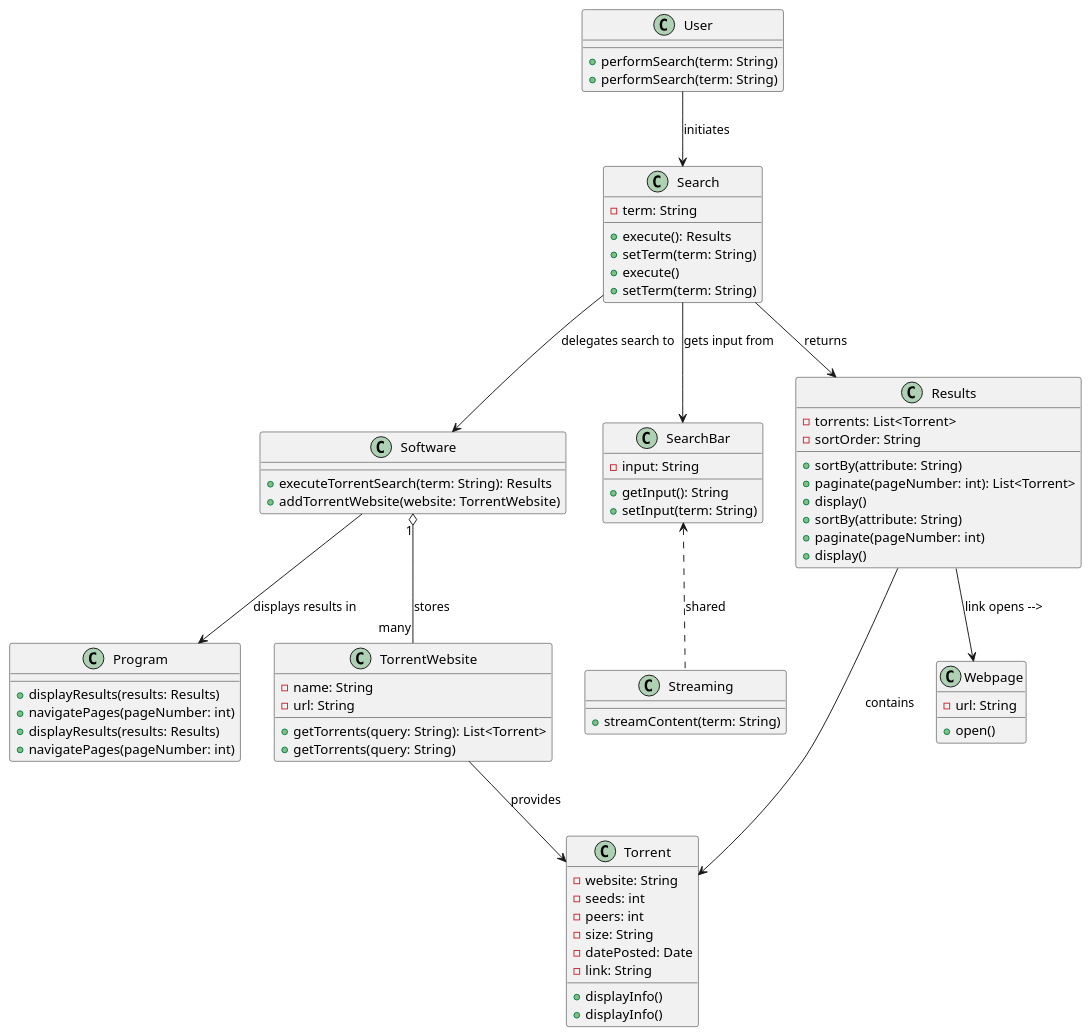
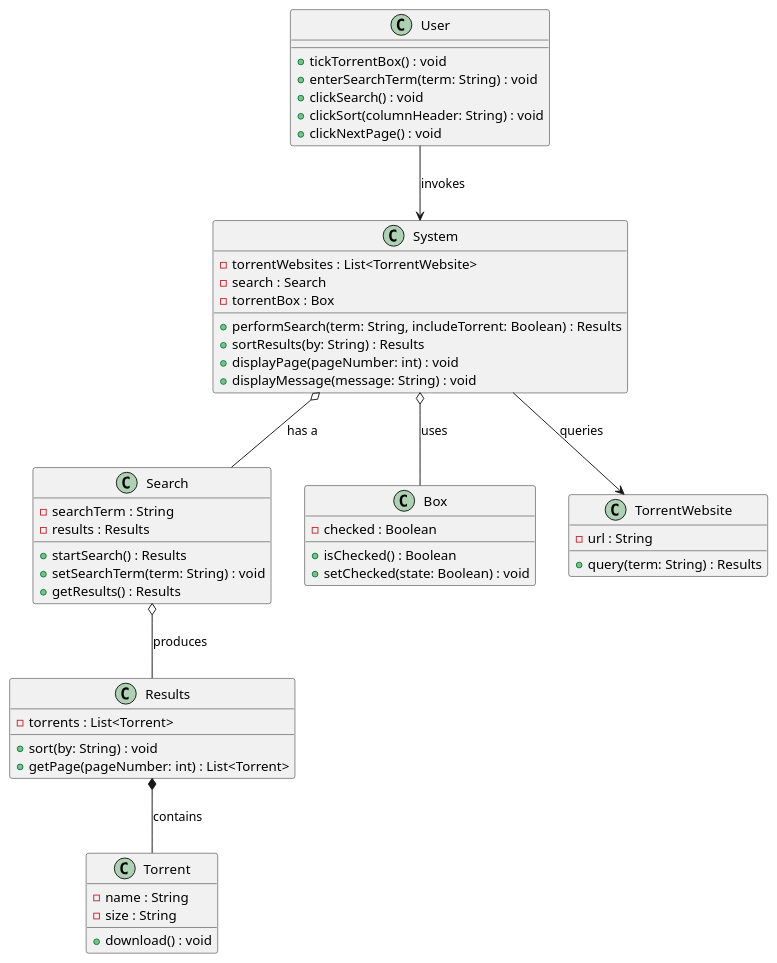
Before and after one commit to RayWP/pfsa-id: the diagram in survey-ud/gen-r-ent-o3-mini/R81_VideoSearch_class_diagram.puml, drawn with PlantUML. The commit also changed 40 other files, not shown here.

```diff
--- a/survey-ud/gen-r-ent-o3-mini/R81_VideoSearch_class_diagram.puml
+++ b/survey-ud/gen-r-ent-o3-mini/R81_VideoSearch_class_diagram.puml
@@ -1,98 +1,62 @@
 @startuml
-' Define the main classes
 
-class Software {
-  +executeTorrentSearch(term: String): Results
-  +addTorrentWebsite(website: TorrentWebsite)
+' Define classes
+class User {
+  +tickTorrentBox() : void
+  +enterSearchTerm(term: String) : void
+  +clickSearch() : void
+  +clickSort(columnHeader: String) : void
+  +clickNextPage() : void
 }
 
-class Program {
-  +displayResults(results: Results)
-  +navigatePages(pageNumber: int)
-}
-
-class User {
-  +performSearch(term: String)
-}
-
-class SearchBar {
-  -input: String
-  +getInput(): String
-  +setInput(term: String)
+class System {
+  -torrentWebsites : List<TorrentWebsite>
+  -search : Search
+  -torrentBox : Box
+  +performSearch(term: String, includeTorrent: Boolean) : Results
+  +sortResults(by: String) : Results
+  +displayPage(pageNumber: int) : void
+  +displayMessage(message: String) : void
 }
 
 class Search {
-  -term: String
-  +execute(): Results
-  +setTerm(term: String)
+  -searchTerm : String
+  -results : Results
+  +startSearch() : Results
+  +setSearchTerm(term: String) : void
+  +getResults() : Results
+}
+
+class Box {
+  -checked : Boolean
+  +isChecked() : Boolean
+  +setChecked(state: Boolean) : void
 }
 
 class TorrentWebsite {
-  -name: String
-  -url: String
-  +getTorrents(query: String): List<Torrent>
+  -url : String
+  +query(term: String) : Results
+}
+
+class Results {
+  -torrents : List<Torrent>
+  +sort(by: String) : void
+  +getPage(pageNumber: int) : List<Torrent>
 }
 
 class Torrent {
-  -website: String
-  -seeds: int
-  -peers: int
-  -size: String
-  -datePosted: Date
-  -link: String
-  +displayInfo()
-}
-
-class Results {
-  -torrents: List<Torrent>
-  -sortOrder: String
-  +sortBy(attribute: String)
-  +paginate(pageNumber: int): List<Torrent>
-  +display()
-}
-
-class Webpage {
-  -url: String
-  +open()
+  -name : String
+  -size : String
+  +download() : void
 }
 
 ' Relationships
 
-User --> Search : "initiates"
-Search --> SearchBar : "gets input from"
-Search --> Software : "delegates search to"
-Software "1" o-- "many" TorrentWebsite : "stores"
-Software --> Program : "displays results in"
-Search --> Results : "returns"
-
-TorrentWebsite --> Torrent : "provides"
-Results --> Torrent : "contains"
-
-' Optional: association for sorting attributes in Results
-Results --> Webpage : "link opens -->"
-
-' Add note about streaming search sharing same search bar
-class Streaming {
-  ' This class represents the streaming feature sharing the search bar
-  +streamContent(term: String)
-}
-SearchBar <.. Streaming : "shared"
-
-' Methods for User
-User : +performSearch(term: String)
-' Methods for Search
-Search : +execute() 
-Search : +setTerm(term: String)
-' Methods for TorrentWebsite
-TorrentWebsite : +getTorrents(query: String)
-' Methods for Torrent
-Torrent : +displayInfo()
-' Methods for Results
-Results : +sortBy(attribute: String)
-Results : +paginate(pageNumber: int)
-Results : +display()
-' Methods for Program
-Program : +displayResults(results: Results)
-Program : +navigatePages(pageNumber: int)
+User --> System : "invokes"
+System o-- Search : "has a"
+System o-- Box : "uses"
+System --> TorrentWebsite : "queries"
+Search o-- Results : "produces"
+Results *-- Torrent : "contains"
 
 @enduml
```
